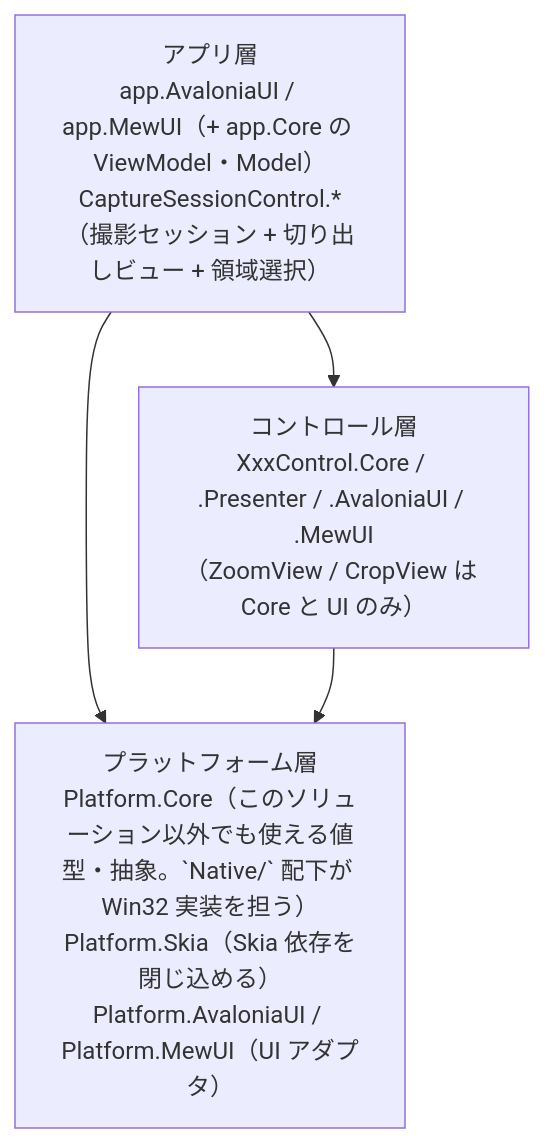
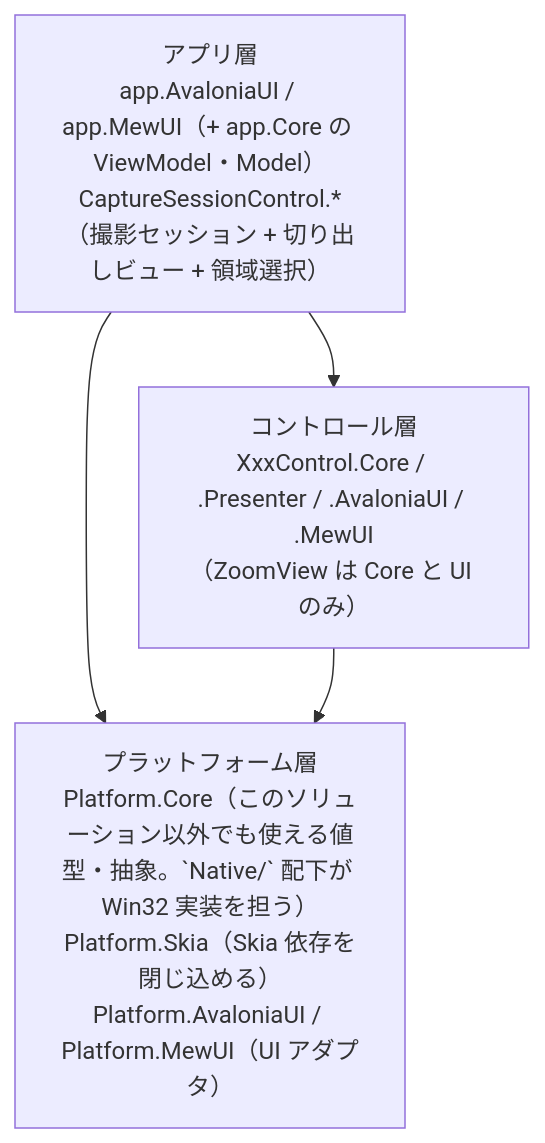
One commit to tomokuni/SaveEvidence changed the first of 2 diagrams in src/README.md. Above: the diagram before and after it, drawn with Mermaid. The commit also changed other lines of this file, not shown here.

````diff
--- a/src/README.md
+++ b/src/README.md
@@ -8,9 +8,9 @@
 ```mermaid
 flowchart TB
     APP["アプリ層<br/>app.AvaloniaUI / app.MewUI（+ app.Core の ViewModel・Model）<br/>CaptureSessionControl.*（撮影セッション + 切り出しビュー + 領域選択）"]
-    CTRL["コントロール層<br/>XxxControl.Core / .Presenter / .AvaloniaUI / .MewUI<br/>（ZoomView / CropView は Core と UI のみ）"]
+    CTRL["コントロール層<br/>XxxControl.Core / .Presenter / .AvaloniaUI / .MewUI<br/>（ZoomView は Core と UI のみ）"]
     PLAT["プラットフォーム層<br/>Platform.Core（このソリューション以外でも使える値型・抽象。`Native/` 配下が Win32 実装を担う）<br/>Platform.Skia（Skia 依存を閉じ込める）<br/>Platform.AvaloniaUI / Platform.MewUI（UI アダプタ）"]
     APP --> CTRL
     APP --> PLAT
     CTRL --> PLAT
 ```
````
